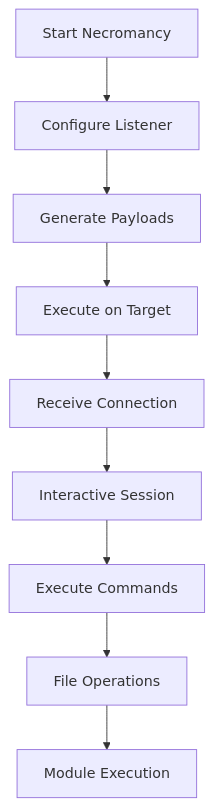
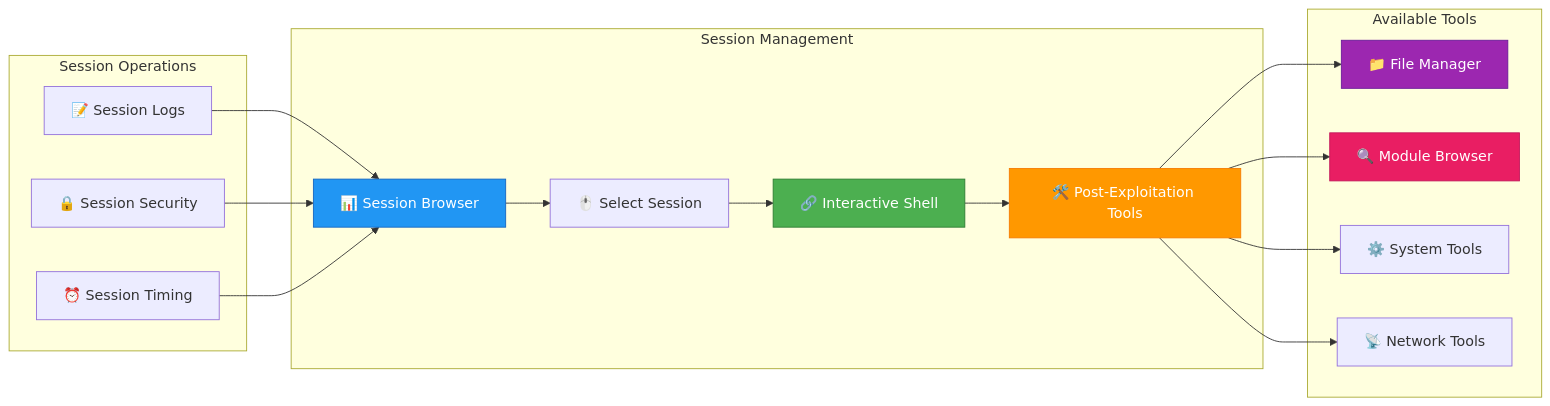
Before and after one commit to Aryma-f4/necromancy: the second of 4 diagrams in README.md, drawn with Mermaid. The commit also changed other lines of this file and 3 other files, not shown here.

First line of the commit message:
docs: improve documentation with enhanced diagrams and navigation

````diff
--- a/README.md
+++ b/README.md
@@ -48,11 +114,27 @@
 ```mermaid
-graph TD
-    A[Start Necromancy] --> B[Configure Listener]
-    B --> C[Generate Payloads]
-    C --> D[Execute on Target]
-    D --> E[Receive Connection]
-    E --> F[Interactive Session]
-    F --> G[Execute Commands]
-    G --> H[File Operations]
-    H --> I[Module Execution]
+graph LR
+    subgraph "Session Management"
+        A[📊 Session Browser] --> B[🖱️ Select Session]
+        B --> C[🔗 Interactive Shell]
+        C --> D[🛠️ Post-Exploitation Tools]
+    end
+    
+    subgraph "Available Tools"
+        D --> E[📁 File Manager]
+        D --> F[🔍 Module Browser]
+        D --> G[⚙️ System Tools]
+        D --> H[📡 Network Tools]
+    end
+    
+    subgraph "Session Operations"
+        I[📝 Session Logs] --> A
+        J[🔒 Session Security] --> A
+        K[⏰ Session Timing] --> A
+    end
+    
+    style A fill:#2196F3,stroke:#1565C0,color:#fff
+    style C fill:#4CAF50,stroke:#2E7D32,color:#fff
+    style D fill:#FF9800,stroke:#F57C00,color:#fff
+    style E fill:#9C27B0,stroke:#6A1B9A,color:#fff
+    style F fill:#E91E63,stroke:#C2185B,color:#fff
 ```
````
